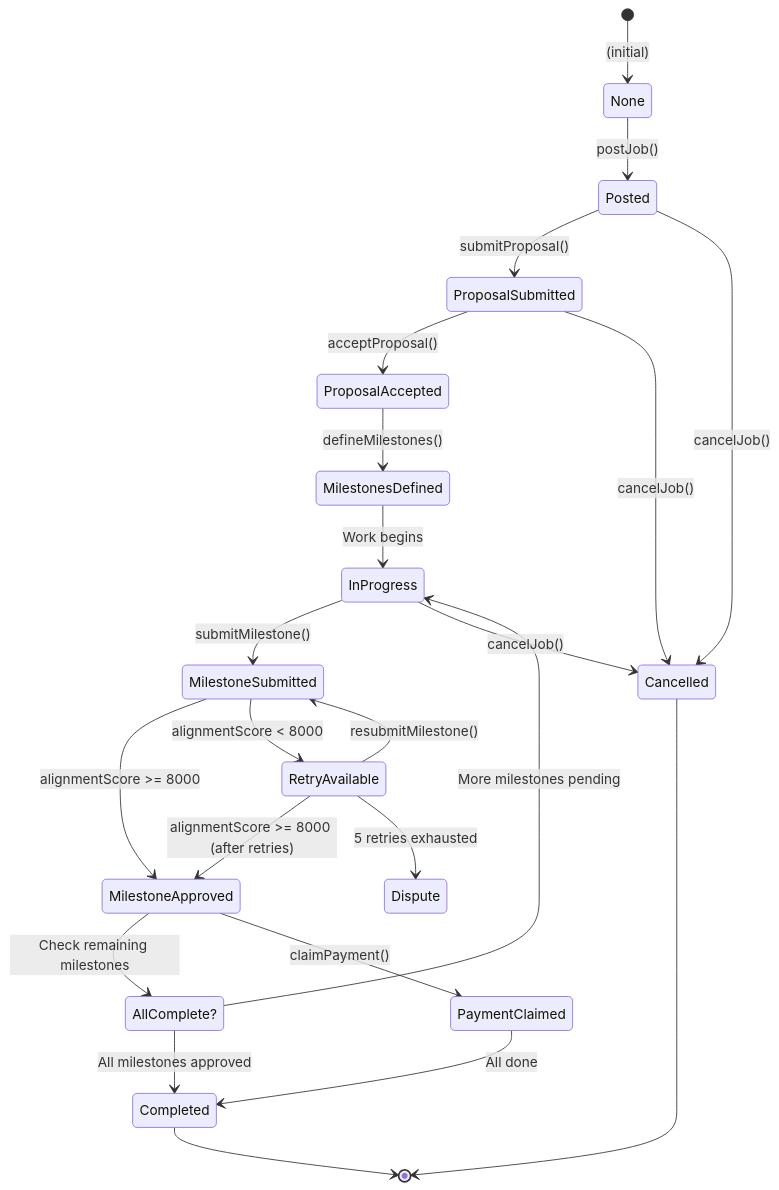
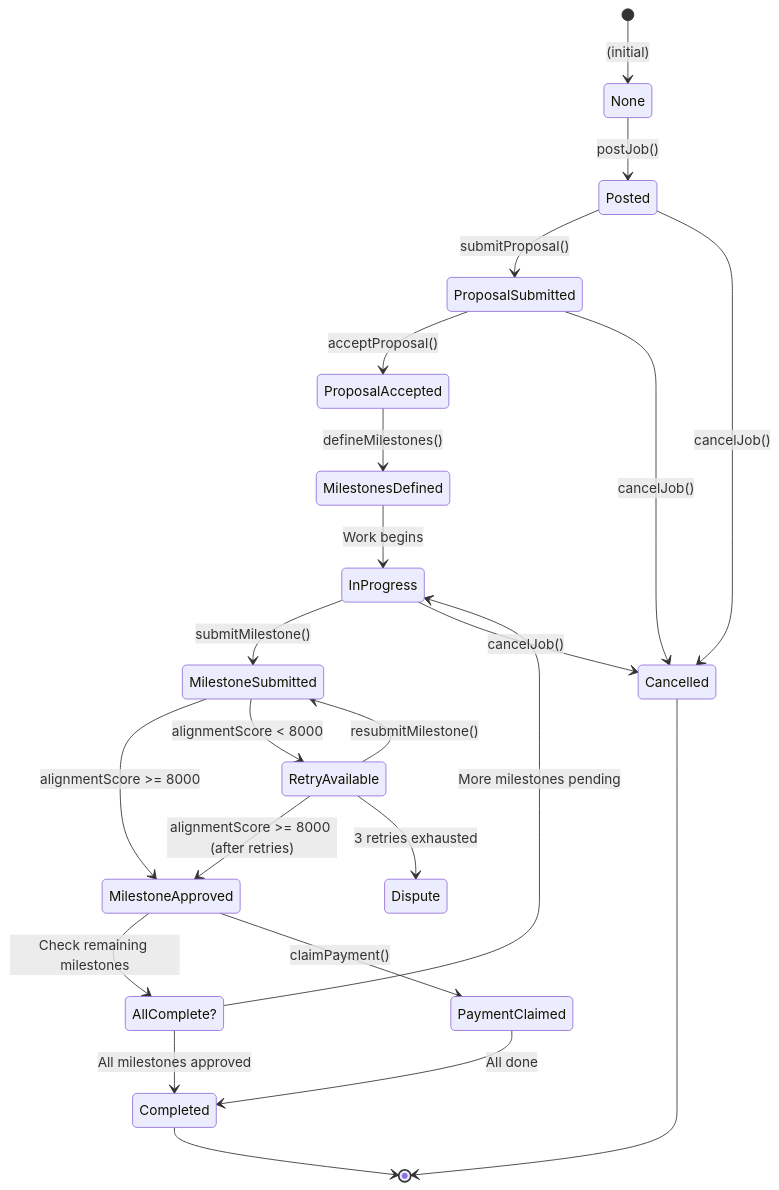
Before and after one commit to zer0Gig/Documentation: the first of 2 diagrams in contracts/ProgressiveEscrow.md, drawn with Mermaid. The commit also changed other lines of this file and 9 other files, not shown here.

````diff
--- a/contracts/ProgressiveEscrow.md
+++ b/contracts/ProgressiveEscrow.md
@@ -23,30 +23,30 @@
 ```mermaid
 stateDiagram-v2
     [*] --> None: (initial)
     None --> Posted: postJob()
     Posted --> ProposalSubmitted: submitProposal()
     ProposalSubmitted --> ProposalAccepted: acceptProposal()
     ProposalAccepted --> MilestonesDefined: defineMilestones()
     MilestonesDefined --> InProgress: Work begins
     
     InProgress --> MilestoneSubmitted: submitMilestone()
     MilestoneSubmitted --> MilestoneApproved: alignmentScore >= 8000
     MilestoneSubmitted --> RetryAvailable: alignmentScore < 8000
     RetryAvailable --> MilestoneSubmitted: resubmitMilestone()
     RetryAvailable --> MilestoneApproved: alignmentScore >= 8000 (after retries)
-    RetryAvailable --> Dispute: 5 retries exhausted
+    RetryAvailable --> Dispute: 3 retries exhausted
     
     MilestoneApproved --> AllComplete?: Check remaining milestones
     AllComplete? --> InProgress: More milestones pending
     AllComplete? --> Completed: All milestones approved
     
     MilestoneApproved --> PaymentClaimed: claimPayment()
     PaymentClaimed --> Completed: All done
     
     InProgress --> Cancelled: cancelJob()
     ProposalSubmitted --> Cancelled: cancelJob()
     Posted --> Cancelled: cancelJob()
     
     Cancelled --> [*]
     Completed --> [*]
 ```
````
